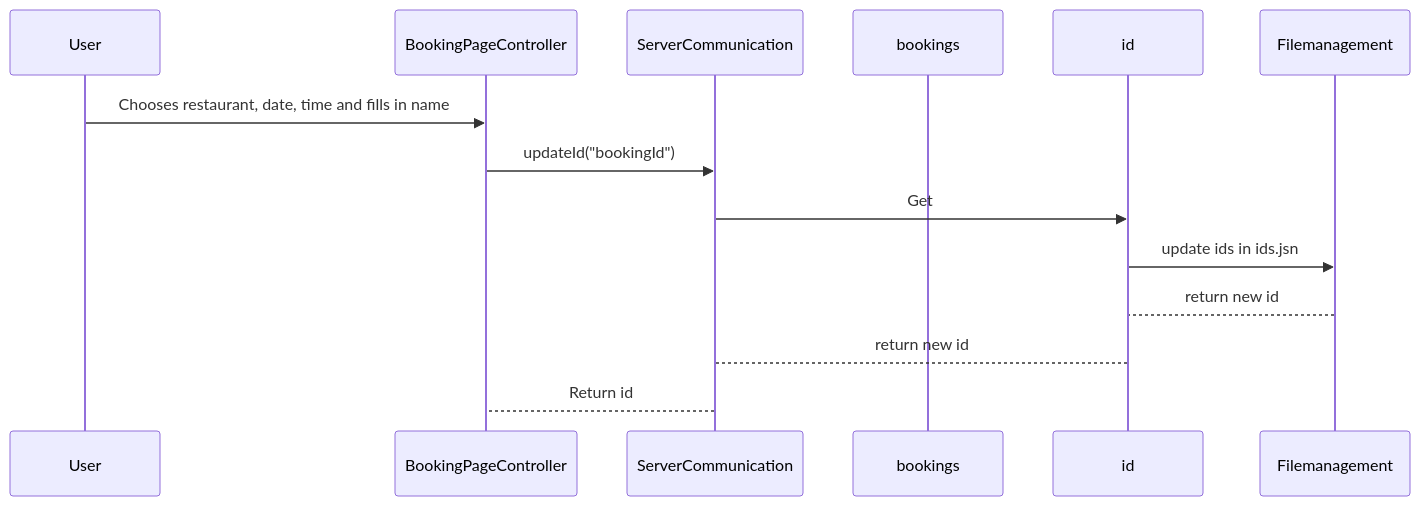
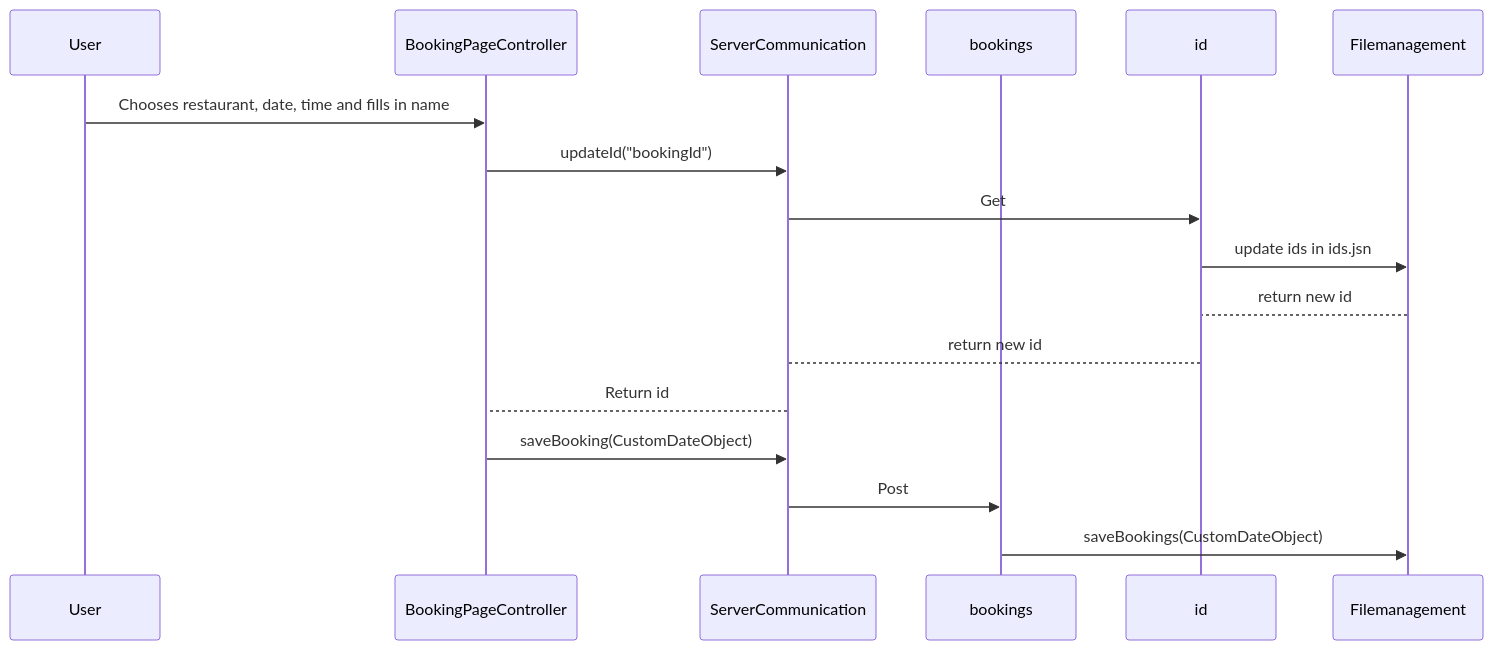
The diagram in Sequence-diagram.md (marsun02/IT1901_Booking_Manager), drawn with Mermaid before and after one commit.

Commit message:
docs: :memo: Added calls for saving booking from controller to filemanagement #197

````diff
--- a/Sequence-diagram.md
+++ b/Sequence-diagram.md
@@ -1,20 +1,23 @@
 ```mermaid 
 
 sequenceDiagram
     participant User
     participant BookingPageController
     participant ServerCommunication
     participant bookings
     participant id
     participant Filemanagement
 
     User->>BookingPageController: Chooses restaurant, date, time and fills in name
     BookingPageController->>ServerCommunication: updateId("bookingId")
     ServerCommunication->>id:Get
     id->>Filemanagement: update ids in ids.jsn
     Filemanagement-->id: return new id
     id-->ServerCommunication: return new id
     ServerCommunication-->BookingPageController: Return id
+    BookingPageController->>ServerCommunication: saveBooking(CustomDateObject)
+    ServerCommunication->>bookings: Post
+    bookings->>Filemanagement: saveBookings(CustomDateObject)
     
     
 ```
````
